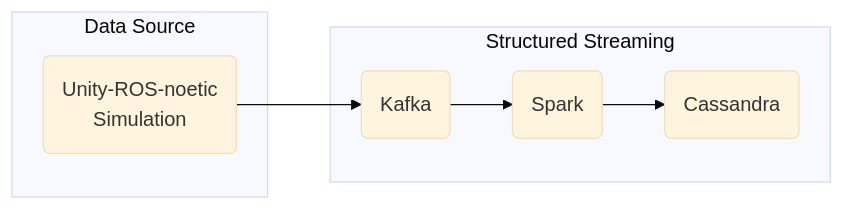
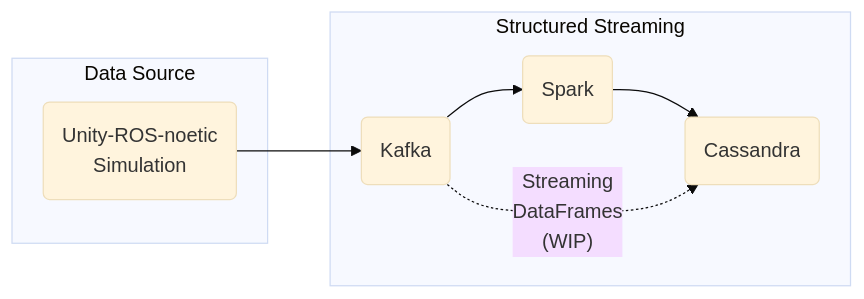
Before and after one commit to vishalgattani/quixotic-kafka: the diagram in README.md, drawn with Mermaid (base theme). The commit also changed other lines of this file, not shown here.

Commit message:
may need to use quix sdf to bypass apache spark - wip

````diff
--- a/README.md
+++ b/README.md
@@ -10,12 +10,14 @@
 ```mermaid
 flowchart LR
     subgraph Data Source
         ros(Unity-ROS-noetic<br>Simulation)
     end
 
     subgraph Structured Streaming
-        kafka(Kafka) --> spark(Spark) --> cass(Cassandra)
+        kafka(Kafka) --> spark(Spark)
+        spark --> cass(Cassandra)
+        kafka -. Streaming<br>DataFrames<br>(WIP) .-> cass
     end
 
     ros --> kafka
 ```
````
